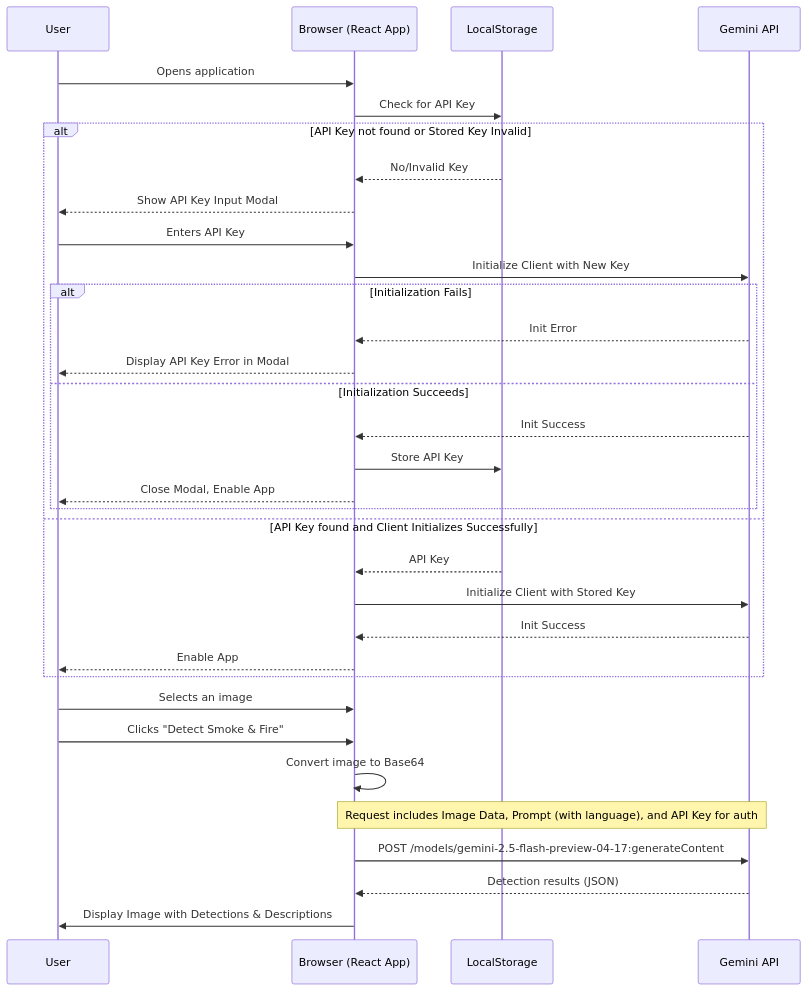
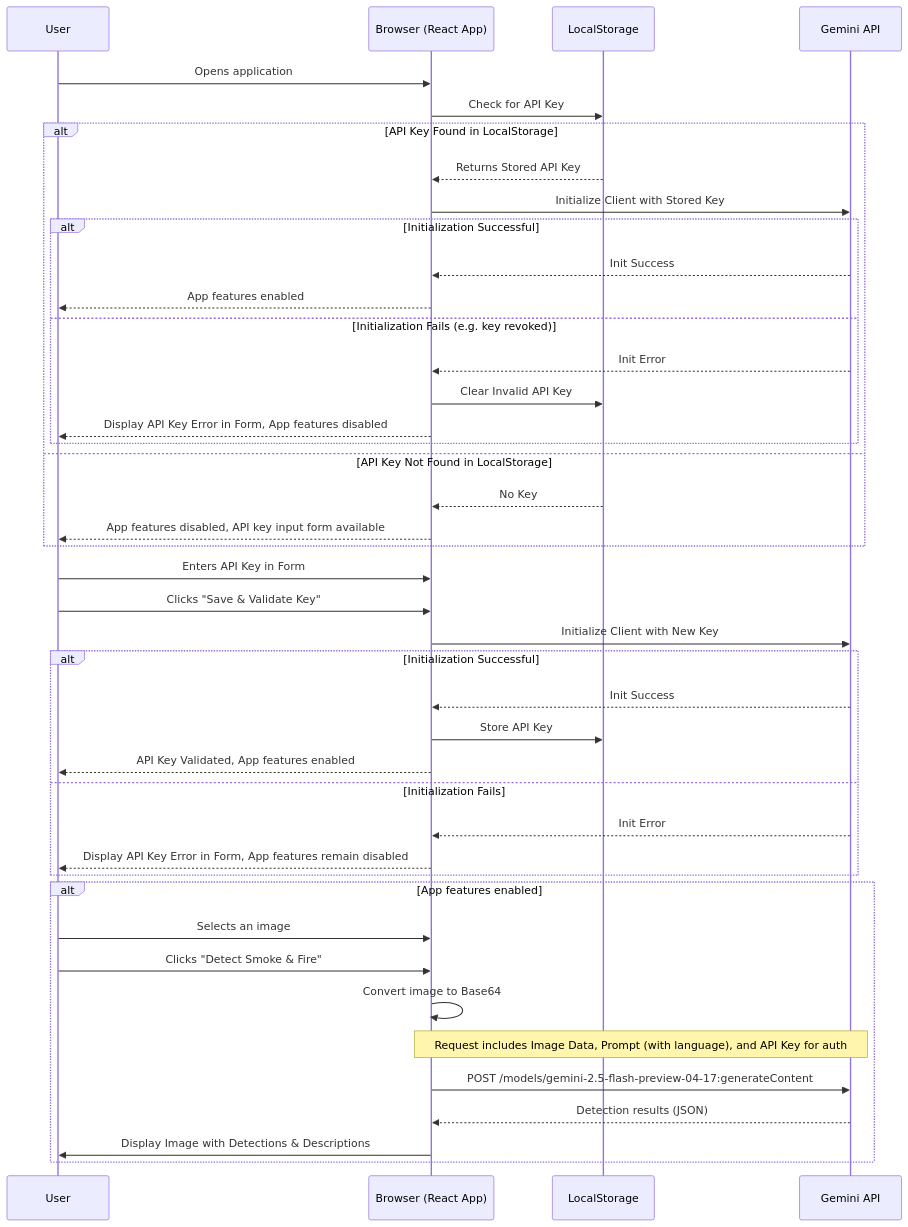
One commit to potatomat0/Smoke-Detector-Web-App changed the diagram in README.md. Above: the diagram before and after it, drawn with Mermaid.

````diff
--- a/README.md
+++ b/README.md
@@ -51,37 +50,47 @@
 ```mermaid
 sequenceDiagram
     participant User
     participant Browser as Browser (React App)
     participant LocalStorage
     participant GeminiAPI as Gemini API
 
     User->>Browser: Opens application
     Browser->>LocalStorage: Check for API Key
-    alt API Key not found or Stored Key Invalid
-        LocalStorage-->>Browser: No/Invalid Key
-        Browser-->>User: Show API Key Input Modal
-        User->>Browser: Enters API Key
-        Browser->>GeminiAPI: Initialize Client with New Key
-        alt Initialization Fails
-             GeminiAPI-->>Browser: Init Error
-             Browser-->>User: Display API Key Error in Modal
-        else Initialization Succeeds
-             GeminiAPI-->>Browser: Init Success
-             Browser->>LocalStorage: Store API Key
-             Browser-->>User: Close Modal, Enable App
+    alt API Key Found in LocalStorage
+        LocalStorage-->>Browser: Returns Stored API Key
+        Browser->>GeminiAPI: Initialize Client with Stored Key
+        alt Initialization Successful
+            GeminiAPI-->>Browser: Init Success
+            Browser-->>User: App features enabled
+        else Initialization Fails (e.g. key revoked)
+            GeminiAPI-->>Browser: Init Error
+            Browser->>LocalStorage: Clear Invalid API Key
+            Browser-->>User: Display API Key Error in Form, App features disabled
         end
-    else API Key found and Client Initializes Successfully
-        LocalStorage-->>Browser: API Key
-        Browser->>GeminiAPI: Initialize Client with Stored Key
-        GeminiAPI-->>Browser: Init Success
-        Browser-->>User: Enable App
+    else API Key Not Found in LocalStorage
+        LocalStorage-->>Browser: No Key
+        Browser-->>User: App features disabled, API key input form available
     end
 
-    User->>Browser: Selects an image
-    User->>Browser: Clicks "Detect Smoke & Fire"
-    Browser->>Browser: Convert image to Base64
-    Note over Browser,GeminiAPI: Request includes Image Data, Prompt (with language), and API Key for auth
-    Browser->>GeminiAPI: POST /models/gemini-2.5-flash-preview-04-17:generateContent
-    GeminiAPI-->>Browser: Detection results (JSON)
-    Browser->>User: Display Image with Detections & Descriptions
+    User->>Browser: Enters API Key in Form
+    User->>Browser: Clicks "Save & Validate Key"
+    Browser->>GeminiAPI: Initialize Client with New Key
+    alt Initialization Successful
+        GeminiAPI-->>Browser: Init Success
+        Browser->>LocalStorage: Store API Key
+        Browser-->>User: API Key Validated, App features enabled
+    else Initialization Fails
+        GeminiAPI-->>Browser: Init Error
+        Browser-->>User: Display API Key Error in Form, App features remain disabled
+    end
+
+    alt App features enabled
+        User->>Browser: Selects an image
+        User->>Browser: Clicks "Detect Smoke & Fire"
+        Browser->>Browser: Convert image to Base64
+        Note over Browser,GeminiAPI: Request includes Image Data, Prompt (with language), and API Key for auth
+        Browser->>GeminiAPI: POST /models/gemini-2.5-flash-preview-04-17:generateContent
+        GeminiAPI-->>Browser: Detection results (JSON)
+        Browser->>User: Display Image with Detections & Descriptions
+    end
 ```
````
